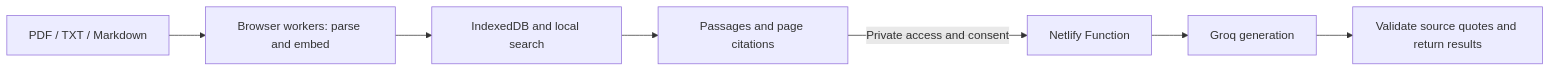
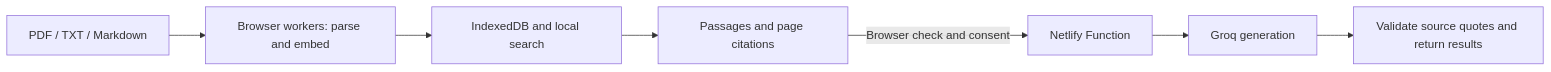
The diagram in README.md (ishanwork43-bit/padhAI), drawn with Mermaid before and after one commit. The commit also changed other lines of this file and 21 other files, not shown here.

````diff
--- a/README.md
+++ b/README.md
@@ -21,9 +23,9 @@
 ```mermaid
 flowchart LR
   Notes[PDF / TXT / Markdown] --> Browser[Browser workers: parse and embed]
   Browser --> Local[IndexedDB and local search]
   Local --> Sources[Passages and page citations]
-  Sources -->|Private access and consent| API[Netlify Function]
+  Sources -->|Browser check and consent| API[Netlify Function]
   API --> Groq[Groq generation]
   Groq --> Check[Validate source quotes and return results]
 ```
````
